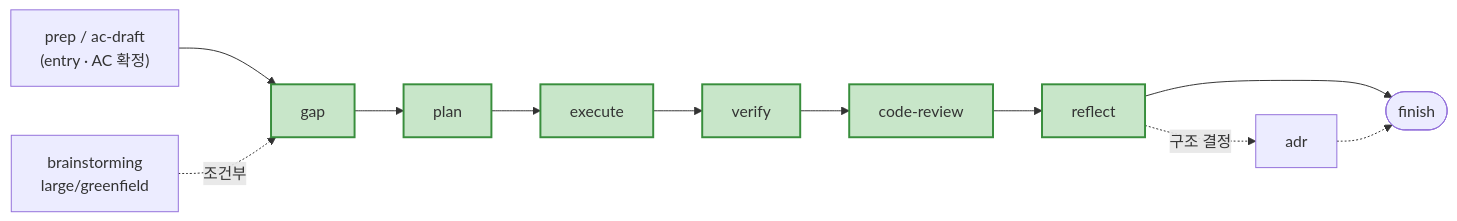
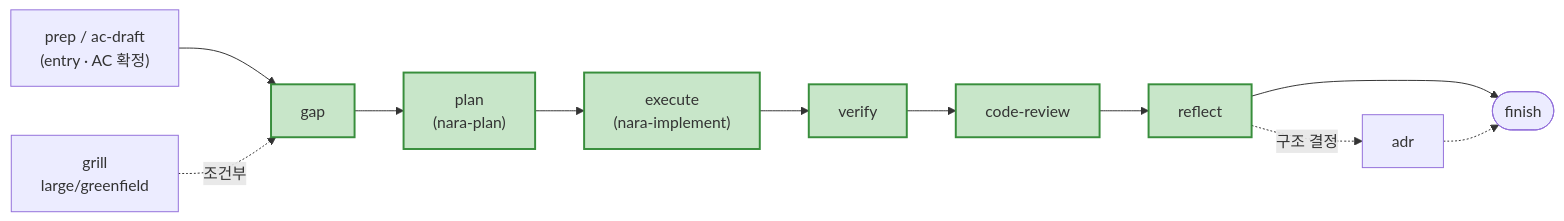
One commit to narashin/nara-kit changed the first of 2 diagrams in skills/README.md. Above: the diagram before and after it, drawn with Mermaid. The commit also changed other lines of this file and 22 other files, not shown here.

Commit message:
feat: sever superpowers deps — native implement/grill/plan skills + CHANGELOG

````diff
--- a/skills/README.md
+++ b/skills/README.md
@@ -105,13 +108,13 @@
 ```mermaid
 flowchart LR
-    E["prep / ac-draft<br>(entry · AC 확정)"] --> G[gap] --> P[plan] --> X[execute] --> V[verify] --> R[code-review] --> RF[reflect] --> F([finish])
-    B["brainstorming<br>large/greenfield"] -. 조건부 .-> G
+    E["prep / ac-draft<br>(entry · AC 확정)"] --> G[gap] --> P["plan<br>(nara-plan)"] --> X["execute<br>(nara-implement)"] --> V[verify] --> R[code-review] --> RF[reflect] --> F([finish])
+    B["grill<br>large/greenfield"] -. 조건부 .-> G
     RF -. 구조 결정 .-> A[adr] -.-> F
 
     style G fill:#c8e6c9,stroke:#388e3c,stroke-width:2px
     style P fill:#c8e6c9,stroke:#388e3c,stroke-width:2px
     style X fill:#c8e6c9,stroke:#388e3c,stroke-width:2px
     style V fill:#c8e6c9,stroke:#388e3c,stroke-width:2px
     style R fill:#c8e6c9,stroke:#388e3c,stroke-width:2px
     style RF fill:#c8e6c9,stroke:#388e3c,stroke-width:2px
 ```
````
